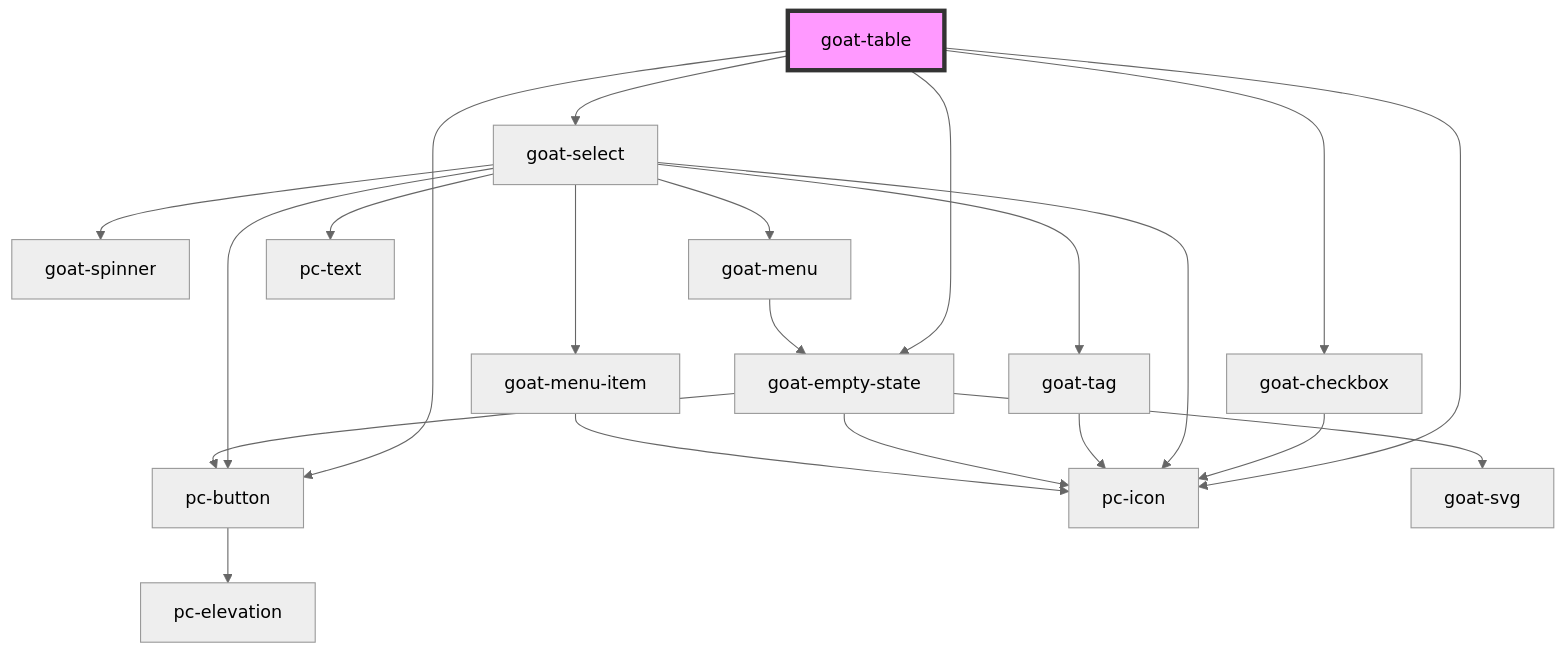
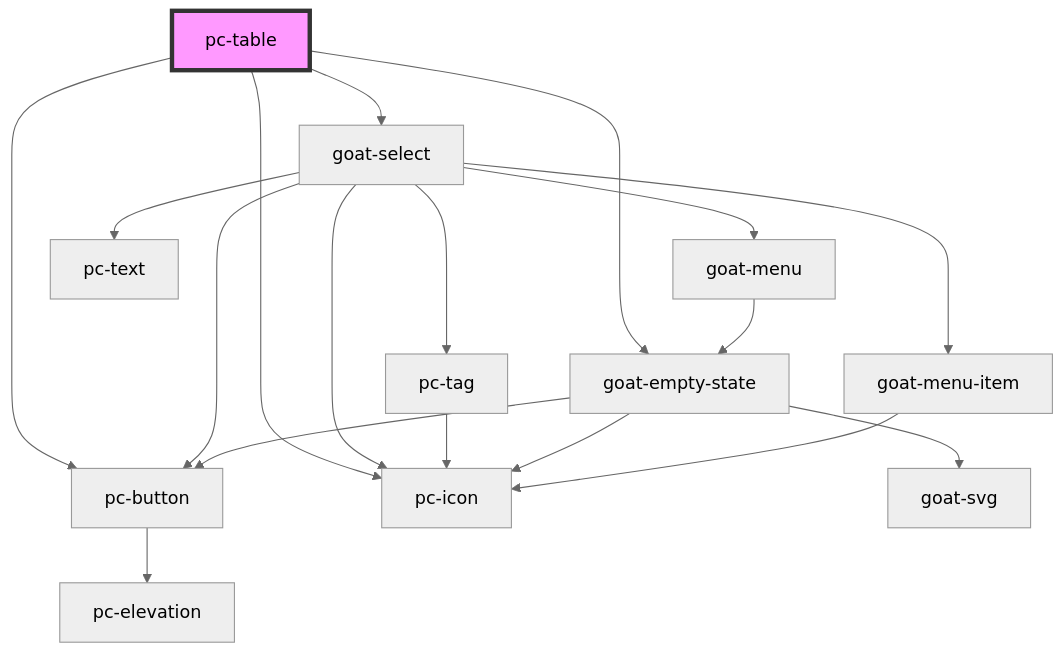
One commit to redvars/peacock changed the diagram in src/components/table/readme.md. Above: the diagram before and after it, drawn with Mermaid (neutral theme). The commit also changed other lines of this file and 127 other files, not shown here.

````diff
--- a/src/components/table/readme.md
+++ b/src/components/table/readme.md
@@ -51,24 +50,21 @@
 ```mermaid
 graph TD;
-  goat-table --> goat-checkbox
-  goat-table --> pc-button
-  goat-table --> pc-icon
-  goat-table --> goat-select
-  goat-table --> goat-empty-state
-  goat-checkbox --> pc-icon
+  pc-table --> pc-button
+  pc-table --> pc-icon
+  pc-table --> goat-select
+  pc-table --> goat-empty-state
   pc-button --> pc-elevation
   goat-select --> pc-icon
-  goat-select --> goat-tag
+  goat-select --> pc-tag
   goat-select --> pc-button
-  goat-select --> goat-spinner
   goat-select --> goat-menu
   goat-select --> pc-text
   goat-select --> goat-menu-item
-  goat-tag --> pc-icon
+  pc-tag --> pc-icon
   goat-menu --> goat-empty-state
   goat-empty-state --> goat-svg
   goat-empty-state --> pc-button
   goat-empty-state --> pc-icon
   goat-menu-item --> pc-icon
-  style goat-table fill:#f9f,stroke:#333,stroke-width:4px
+  style pc-table fill:#f9f,stroke:#333,stroke-width:4px
 ```
````
